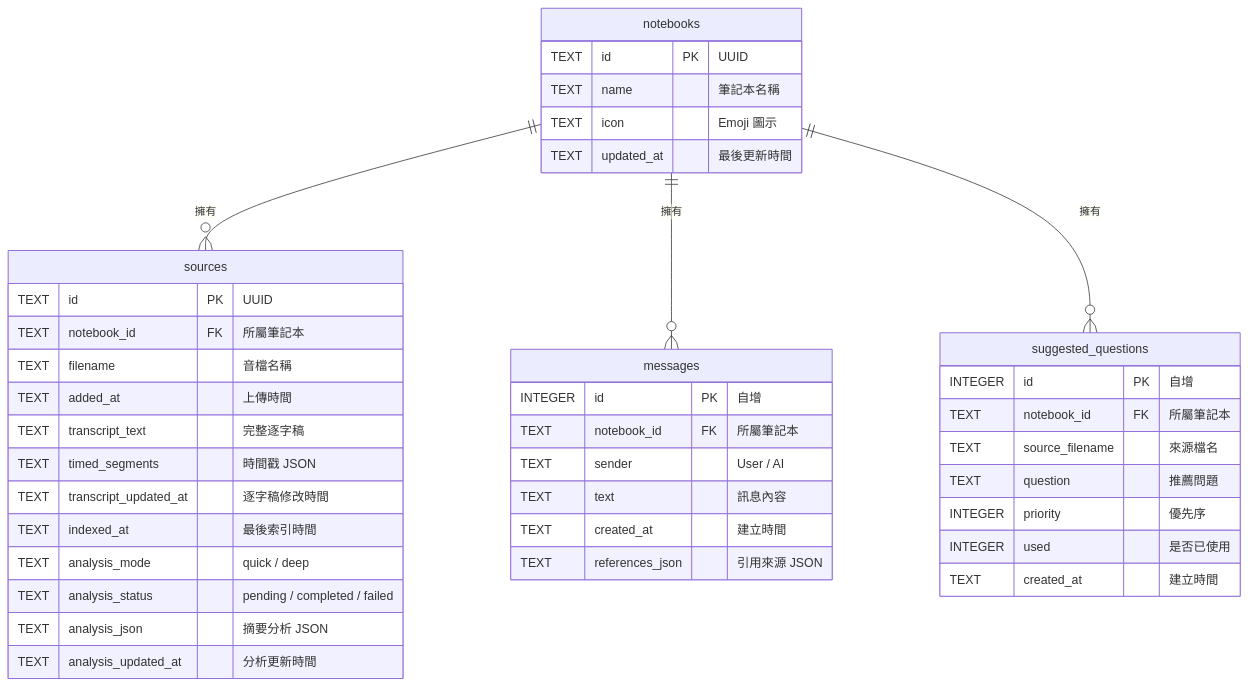
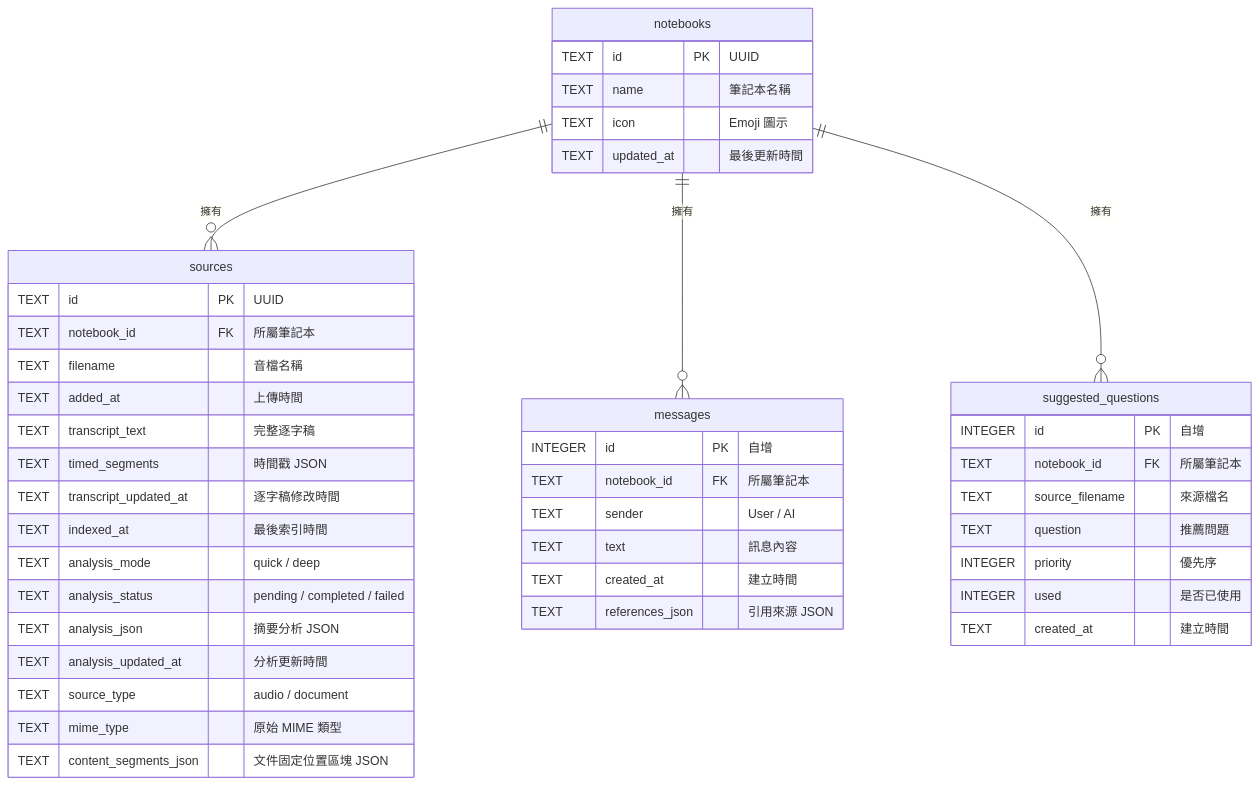
Before and after one commit to victorhi2005-lang/VoiceRAG: the third of 3 diagrams in README.md, drawn with Mermaid. The commit also changed other lines of this file and 12 other files, not shown here.

```diff
--- a/README.md
+++ b/README.md
@@ -401,6 +416,9 @@
         TEXT analysis_status "pending / completed / failed"
         TEXT analysis_json "摘要分析 JSON"
         TEXT analysis_updated_at "分析更新時間"
+        TEXT source_type "audio / document"
+        TEXT mime_type "原始 MIME 類型"
+        TEXT content_segments_json "文件固定位置區塊 JSON"
     }
 
     messages {
```
